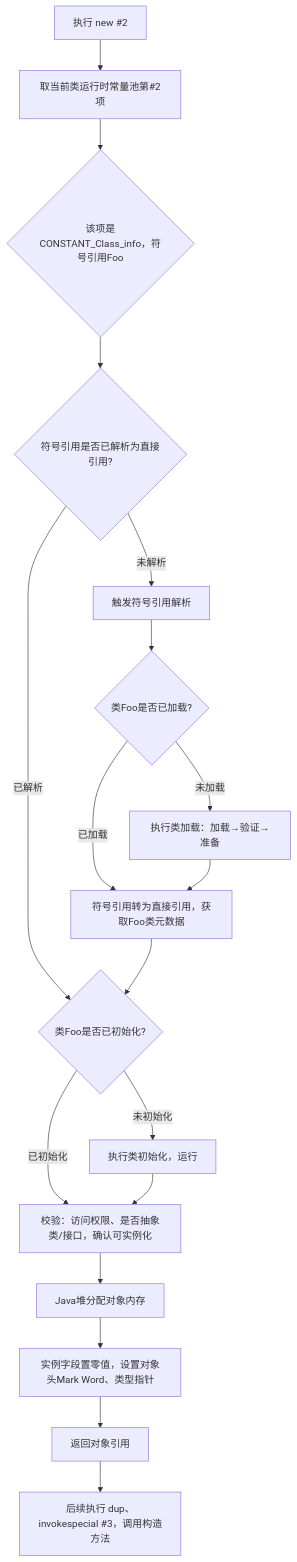
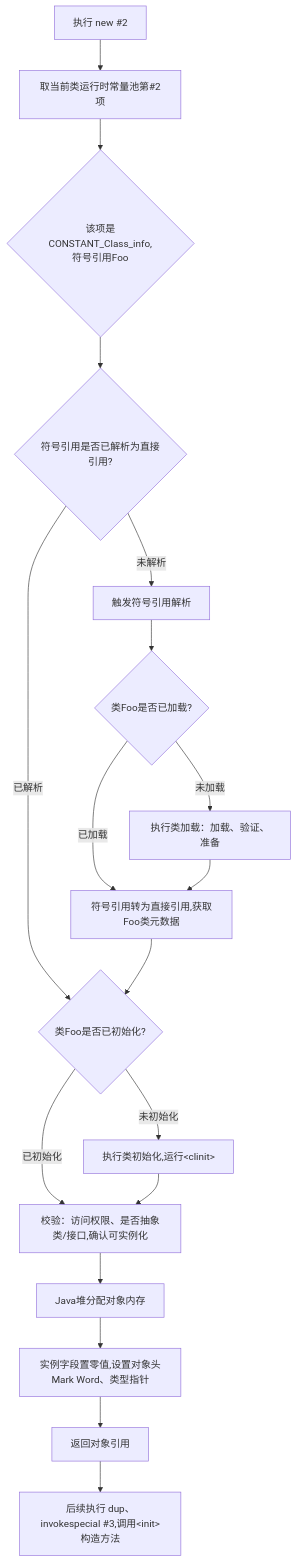
One commit to l552177239/my-note changed diagram 11 of 16 in docs/02.后端/01.Java/17.JVM 基础.md. Above: the diagram before and after it, drawn with Mermaid. The commit also changed other lines of this file, not shown here.

Commit message:
fix: 修正字节码初识部分的格式和描述，增强可读性

````diff
--- a/docs/02.后端/01.Java/17.JVM 基础.md
+++ b/docs/02.后端/01.Java/17.JVM 基础.md
@@ -903,20 +903,20 @@
 ```mermaid
-flowchart TD
-    A[执行 new #2] --> B[取当前类运行时常量池第#2项]
-    B --> C{该项是CONSTANT_Class_info，符号引用Foo}
-    C --> D{符号引用是否已解析为直接引用?}
+graph TD
+    A["执行 new #2"] --> B["取当前类运行时常量池第#2项"]
+    B --> C{"该项是CONSTANT_Class_info,<br/>符号引用Foo"}
+    C --> D{"符号引用是否已解析为直接引用?"}
     D --已解析--> G
-    D --未解析--> E[触发符号引用解析]
-    E --> E1{类Foo是否已加载?}
-    E1 --未加载--> E2[执行类加载：加载→验证→准备]
-    E1 --已加载--> F[符号引用转为直接引用，获取Foo类元数据]
+    D --未解析--> E["触发符号引用解析"]
+    E --> E1{"类Foo是否已加载?"}
+    E1 --未加载--> E2["执行类加载：加载、验证、准备"]
+    E1 --已加载--> F["符号引用转为直接引用,获取Foo类元数据"]
     E2 --> F
-    F --> G{类Foo是否已初始化?}
-    G --未初始化--> G1[执行类初始化，运行<clinit>]
+    F --> G{"类Foo是否已初始化?"}
+    G --未初始化--> G1["执行类初始化,运行&lt;clinit&gt;"]
     G --已初始化--> H
-    G1 --> H[校验：访问权限、是否抽象类/接口，确认可实例化]
-    H --> I[Java堆分配对象内存]
-    I --> J[实例字段置零值，设置对象头Mark Word、类型指针]
-    J --> K[返回对象引用]
-    K --> L[后续执行 dup、invokespecial #3，调用<init>构造方法]
+    G1 --> H["校验：访问权限、是否抽象类/接口,确认可实例化"]
+    H --> I["Java堆分配对象内存"]
+    I --> J["实例字段置零值,设置对象头Mark Word、类型指针"]
+    J --> K["返回对象引用"]
+    K --> L["后续执行 dup、invokespecial #3,调用&lt;init&gt;构造方法"]
 ```
````
